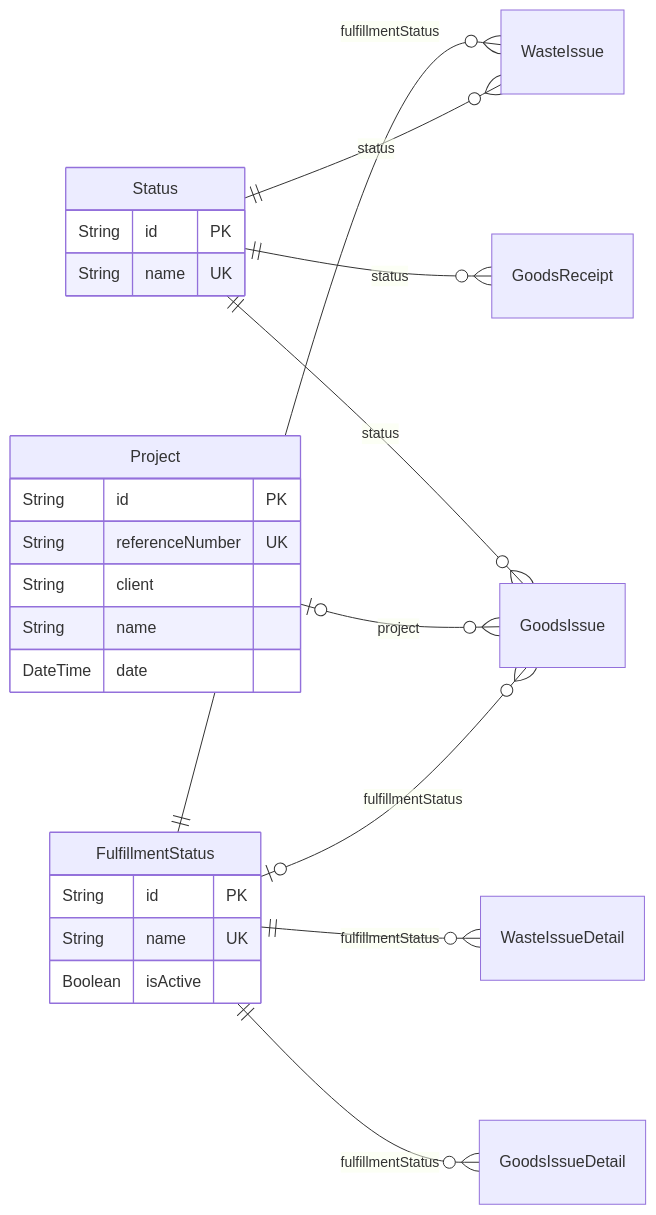
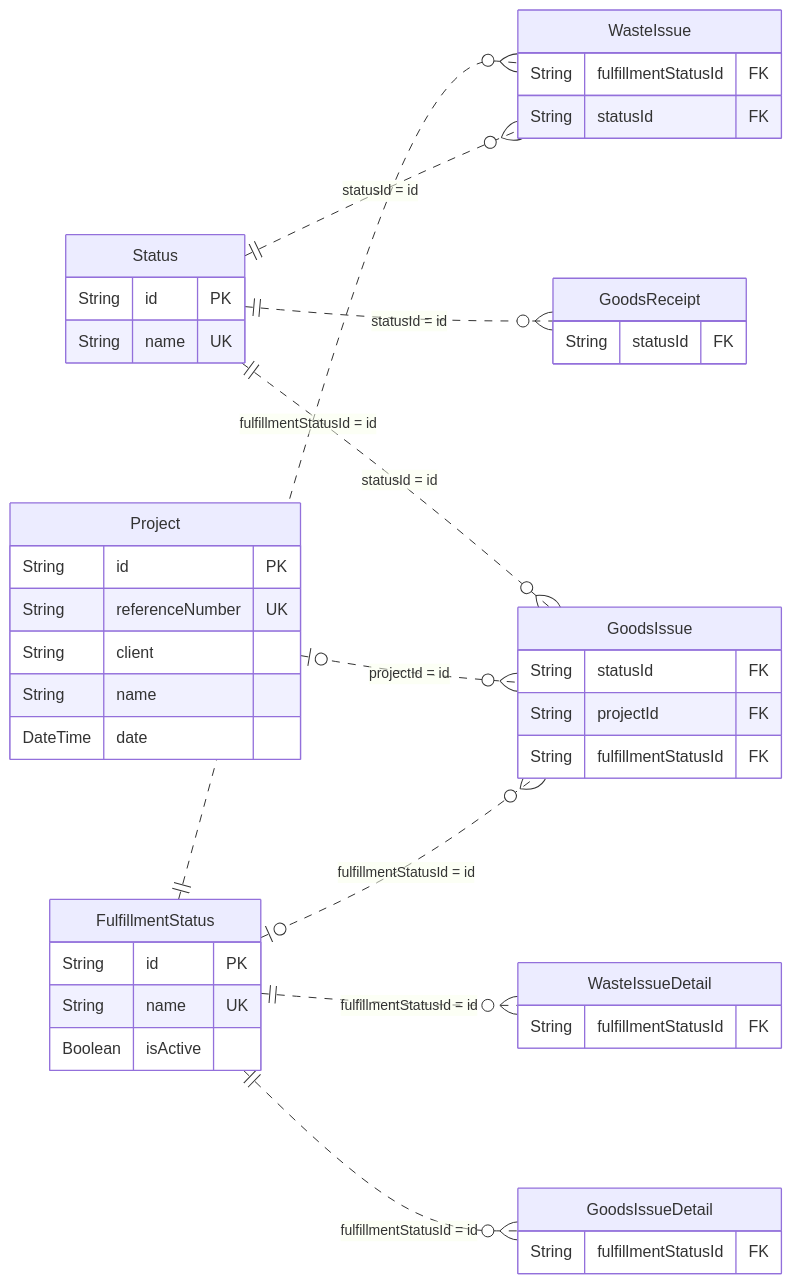
One commit to gpgsistemas01/nexus changed the fourth of 14 diagrams in docs/architecture/views/logical/data-and-persistence/generated/database-schema.md. Above: the diagram before and after it, drawn with Mermaid. The commit also changed other lines of this file and 20 other files, not shown here.

Commit message:
docs: corregir relaciones ER y notación UML de diagramas

````diff
--- a/docs/architecture/views/logical/data-and-persistence/generated/database-schema.md
+++ b/docs/architecture/views/logical/data-and-persistence/generated/database-schema.md
@@ -132,28 +207,46 @@
 ```mermaid
 erDiagram
     direction LR
     Status {
         String id PK
         String name UK
     }
     FulfillmentStatus {
         String id PK
         String name UK
         Boolean isActive
     }
     Project {
         String id PK
         String referenceNumber UK
         String client
         String name
         DateTime date
     }
-    FulfillmentStatus ||--o{ WasteIssue : "fulfillmentStatus"
-    Status ||--o{ WasteIssue : "status"
-    FulfillmentStatus ||--o{ WasteIssueDetail : "fulfillmentStatus"
-    Status ||--o{ GoodsReceipt : "status"
-    Status ||--o{ GoodsIssue : "status"
-    Project o|--o{ GoodsIssue : "project"
-    FulfillmentStatus o|--o{ GoodsIssue : "fulfillmentStatus"
-    FulfillmentStatus ||--o{ GoodsIssueDetail : "fulfillmentStatus"
+    WasteIssue {
+        String fulfillmentStatusId FK
+        String statusId FK
+    }
+    WasteIssueDetail {
+        String fulfillmentStatusId FK
+    }
+    GoodsReceipt {
+        String statusId FK
+    }
+    GoodsIssue {
+        String statusId FK
+        String projectId FK
+        String fulfillmentStatusId FK
+    }
+    GoodsIssueDetail {
+        String fulfillmentStatusId FK
+    }
+    FulfillmentStatus ||..o{ WasteIssue : "fulfillmentStatusId = id"
+    Status ||..o{ WasteIssue : "statusId = id"
+    FulfillmentStatus ||..o{ WasteIssueDetail : "fulfillmentStatusId = id"
+    Status ||..o{ GoodsReceipt : "statusId = id"
+    Status ||..o{ GoodsIssue : "statusId = id"
+    Project o|..o{ GoodsIssue : "projectId = id"
+    FulfillmentStatus o|..o{ GoodsIssue : "fulfillmentStatusId = id"
+    FulfillmentStatus ||..o{ GoodsIssueDetail : "fulfillmentStatusId = id"
 ```
````
